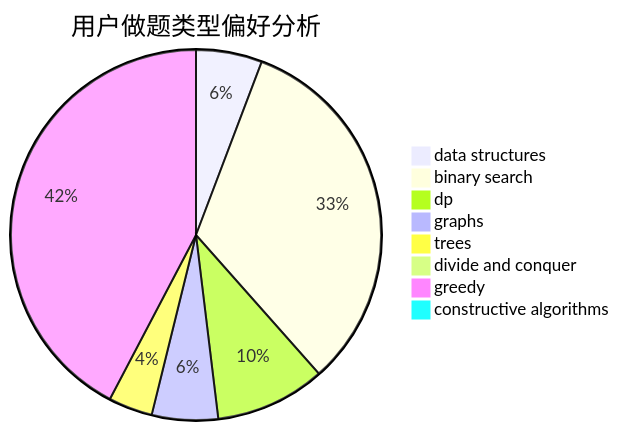
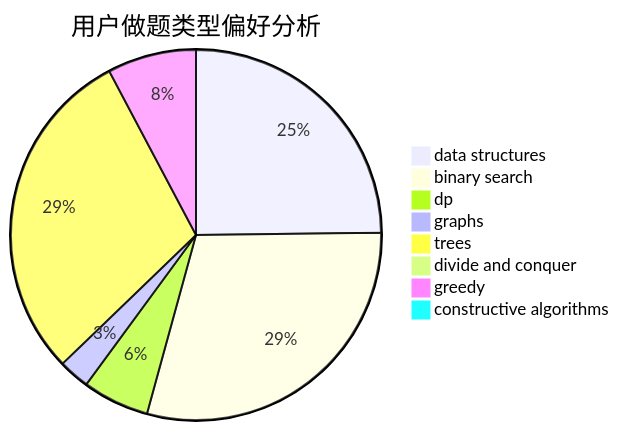
Before and after one commit to sherpahu/cfrs.github.io: the second of 3 diagrams in docs/user/u456.md, drawn with Mermaid. The commit also changed other lines of this file and 2770 other files, not shown here.

````diff
--- a/docs/user/u456.md
+++ b/docs/user/u456.md
@@ -23,11 +23,11 @@
 ```mermaid
 pie title 用户做题类型偏好分析
-    "data structures" :  3
-    "binary search" :  17
-    "dp" :  5
-    "graphs" :  3
-    "trees" :  2
+    "data structures" :  64
+    "binary search" :  76
+    "dp" :  15
+    "graphs" :  7
+    "trees" :  76
     "divide and conquer" :  0
-    "greedy" :  22
+    "greedy" :  20
     "constructive algorithms" :  0
 ```
````
